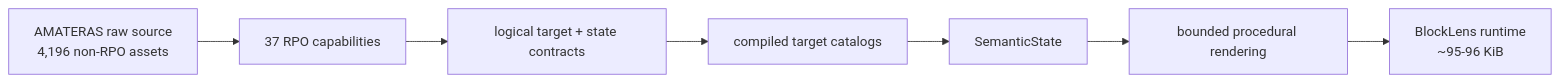
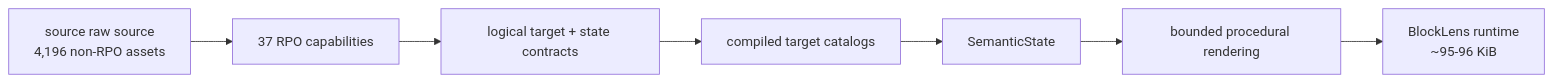
Before and after one commit to bosatsu25/BlockLens: the second of 6 diagrams in README.md, drawn with Mermaid. The commit also changed other lines of this file and 58 other files, not shown here.

````diff
--- a/README.md
+++ b/README.md
@@ -59,9 +59,9 @@
 ```mermaid
 flowchart LR
-    RAW[AMATERAS raw source<br/>4,196 non-RPO assets] --> RPO[37 RPO capabilities]
+    RAW[source raw source<br/>4,196 non-RPO assets] --> RPO[37 RPO capabilities]
     RPO --> CONTRACT[logical target + state contracts]
     CONTRACT --> IDX[compiled target catalogs]
     IDX --> SEM[SemanticState]
     SEM --> RENDER[bounded procedural rendering]
     RENDER --> JAR[BlockLens runtime<br/>~95-96 KiB]
 ```
````
